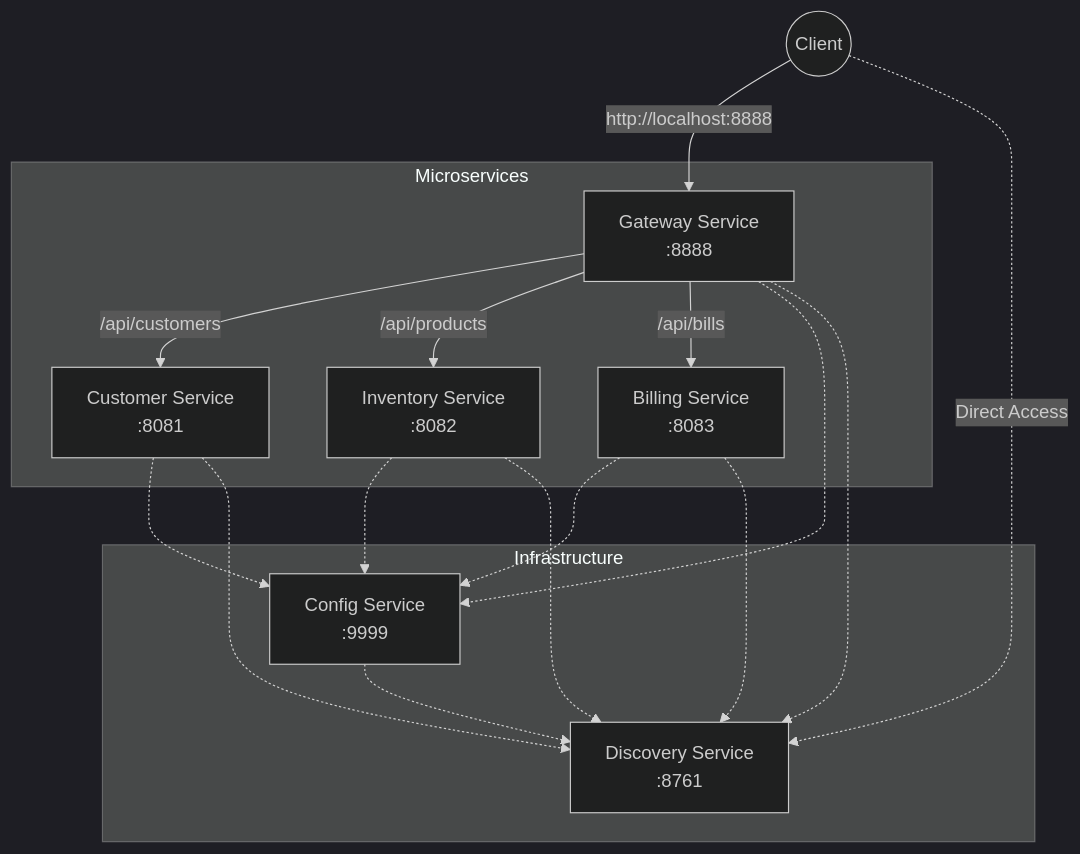
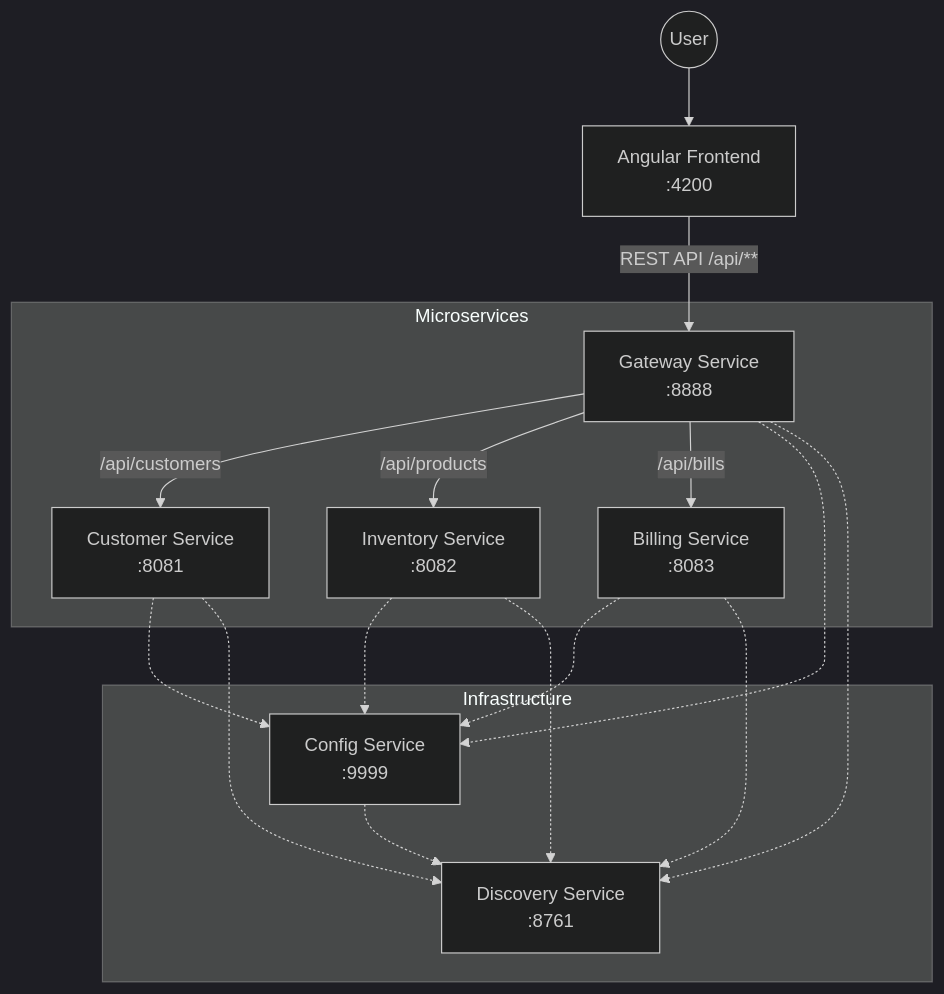
One commit to Ykhali/ecom-app-ii-bdcc changed the diagram in ReadMe.md. Above: the diagram before and after it, drawn with Mermaid (dark theme). The commit also changed other lines of this file and 14 other files, not shown here.

````diff
--- a/ReadMe.md
+++ b/ReadMe.md
@@ -49,37 +54,38 @@
 ```mermaid
 graph TD
-    Client((Client))
+    User((User))
+    Frontend[Angular Frontend<br/>:4200]
     
     subgraph Infrastructure
         Discovery[Discovery Service<br/>:8761]
         Config[Config Service<br/>:9999]
     end
 
     subgraph Microservices
         Gateway[Gateway Service<br/>:8888]
         Customer[Customer Service<br/>:8081]
         Inventory[Inventory Service<br/>:8082]
         Billing[Billing Service<br/>:8083]
     end
 
     %% Client Interactions
-    Client -->|http://localhost:8888| Gateway
-    Client -.->|Direct Access| Discovery
-
+    User --> Frontend
+    Frontend -->|REST API /api/**| Gateway
+    
     %% Gateway Routing
     Gateway -->|/api/customers| Customer
     Gateway -->|/api/products| Inventory
     Gateway -->|/api/bills| Billing
     
     %% Config & Discovery Client Connections
     Gateway -.-> Config
     Customer -.-> Config
     Inventory -.-> Config
     Billing -.-> Config
 
     Gateway -.-> Discovery
     Customer -.-> Discovery
     Inventory -.-> Discovery
     Billing -.-> Discovery
     Config -.-> Discovery
 ```
````
